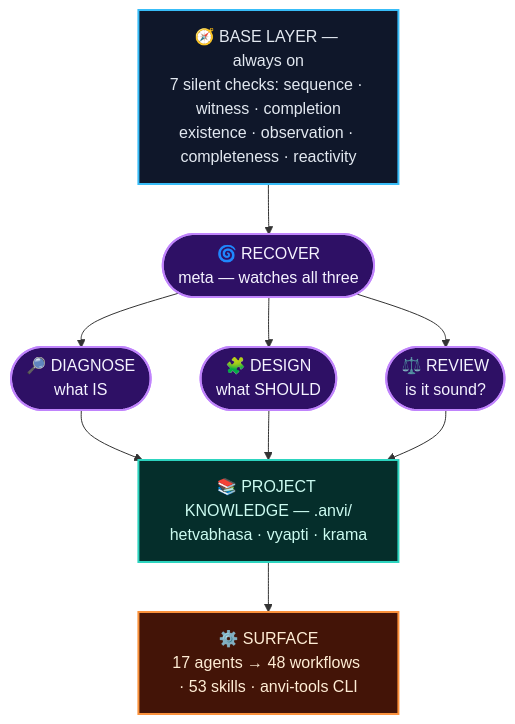
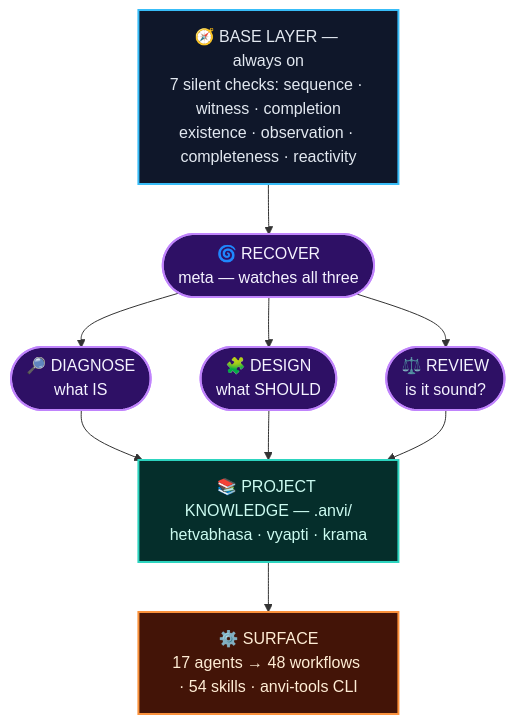
Before and after one commit to MrityunjayBhardwaj/anvi: the first of 2 diagrams in README.md, drawn with Mermaid. The commit also changed other lines of this file and 2 other files, not shown here.

Commit message:
✨ feat: add /anvi:sess-wrap — one command to wrap a work session
Problem: ending a session meant repeating the same ritual by hand each time —
harvest what was learned into the catalogues, update memory, and write a
kickoff prompt so the next session starts with full context.

Fix: new skill `/anvi:sess-wrap` (skills/anvi-sess-wrap/SKILL.md +
workflows/sess-wrap.md) that codifies it. Core steps always run: harvest
session learnings into hetvabhasa/vyapti/krama/dharana (update-not-duplicate,
IDs never reused, every entry REF'd), update memory, and print a
copy-pasteable next-session kickoff prompt. Accepts freeform instructions as
arguments and folds them in; runs an optional hygiene + gap-check pass only
when explicitly asked. Streamlined by design — update and share, no gated
review loop. The glob-based installer picks up the new skill and workflow
automatically, so no install.sh change; README skill count 53 -> 54.

Closes #30

````diff
--- a/README.md
+++ b/README.md
@@ -39,24 +39,24 @@
 ```mermaid
 flowchart TD
     BASE["🧭 BASE LAYER — always on<br/>7 silent checks: sequence · witness · completion<br/>existence · observation · completeness · reactivity"]
     R(["🌀 RECOVER<br/>meta — watches all three"])
     D1(["🔎 DIAGNOSE<br/>what IS"])
     D2(["🧩 DESIGN<br/>what SHOULD"])
     D3(["⚖️ REVIEW<br/>is it sound?"])
     KNOW["📚 PROJECT KNOWLEDGE — .anvi/<br/>hetvabhasa · vyapti · krama"]
-    SURF["⚙️ SURFACE<br/>17 agents → 48 workflows · 53 skills · anvi-tools CLI"]
+    SURF["⚙️ SURFACE<br/>17 agents → 48 workflows · 54 skills · anvi-tools CLI"]
 
     BASE --> R
     R --> D1 & D2 & D3
     D1 & D2 & D3 --> KNOW
     KNOW --> SURF
 
     classDef base fill:#0f172a,stroke:#38bdf8,stroke-width:2px,color:#e2e8f0;
     classDef lens fill:#2e1065,stroke:#c084fc,stroke-width:2px,color:#f5f3ff;
     classDef know fill:#052e2b,stroke:#2dd4bf,stroke-width:2px,color:#ccfbf1;
     classDef surf fill:#431407,stroke:#fb923c,stroke-width:2px,color:#ffedd5;
     class BASE base;
     class R,D1,D2,D3 lens;
     class KNOW know;
     class SURF surf;
 ```
````
